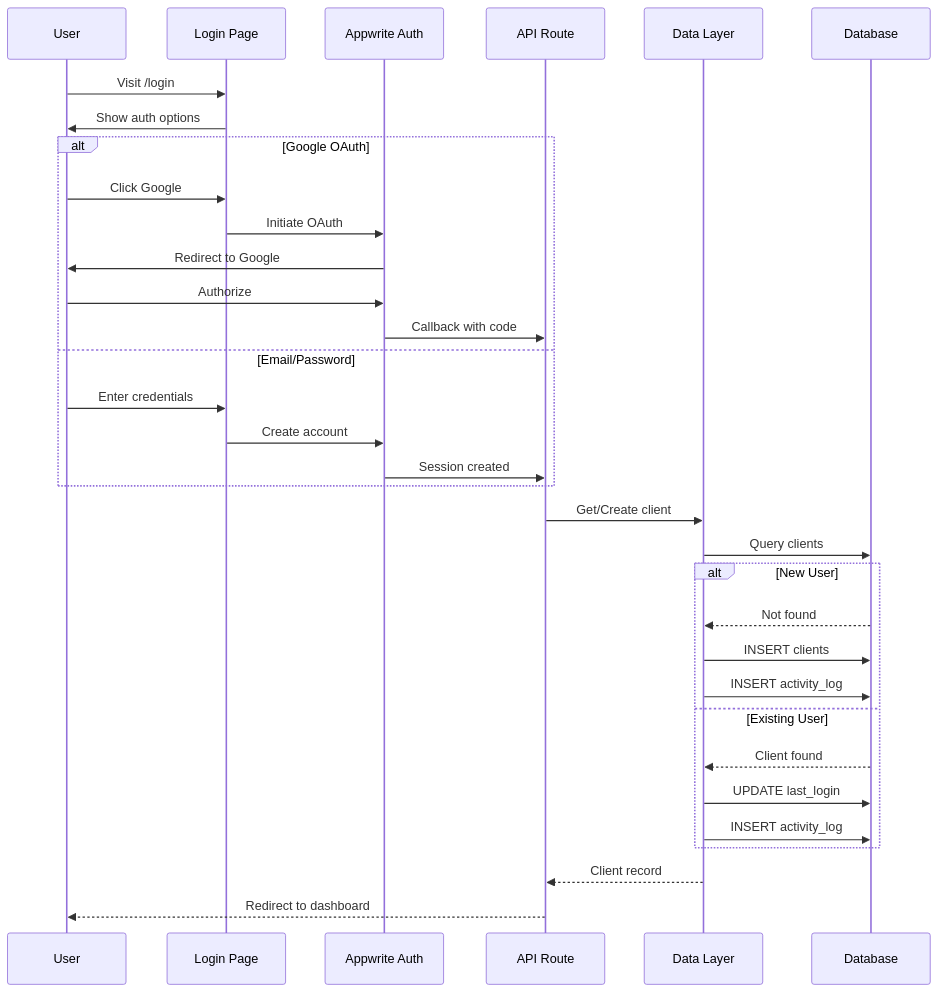
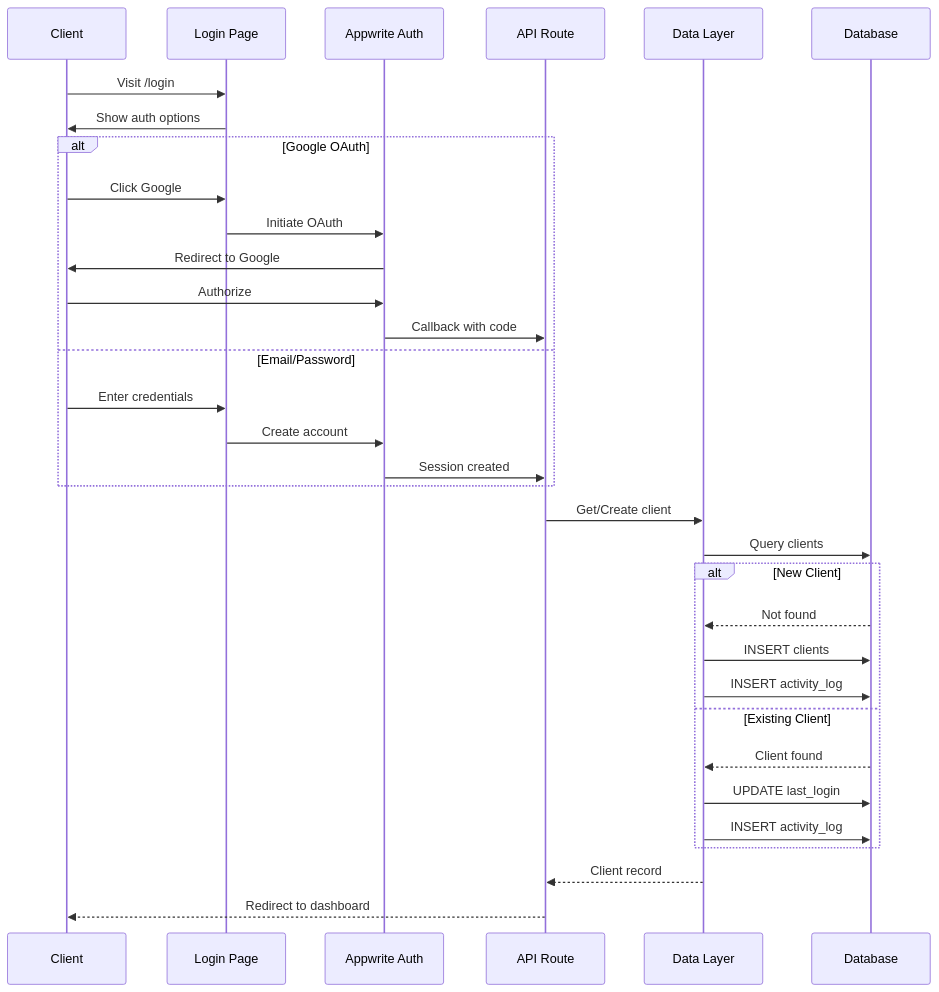
The second of 2 diagrams in docs/diagrams/functional-flow/create-account.md (kpm34/college-football-fantasy-app), drawn with Mermaid before and after one commit. The commit also changed other lines of this file, not shown here.

First line of the commit message:
docs: update authentication diagram to use 'client' terminology

````diff
--- a/docs/diagrams/functional-flow/create-account.md
+++ b/docs/diagrams/functional-flow/create-account.md
@@ -58,40 +58,40 @@
 ```mermaid
 sequenceDiagram
-  participant U as User
+  participant C as Client
   participant UI as Login Page
   participant Auth as Appwrite Auth
   participant API as API Route
   participant DAL as Data Layer
   participant DB as Database
   
-  U->>UI: Visit /login
-  UI->>U: Show auth options
+  C->>UI: Visit /login
+  UI->>C: Show auth options
   
   alt Google OAuth
-    U->>UI: Click Google
+    C->>UI: Click Google
     UI->>Auth: Initiate OAuth
-    Auth->>U: Redirect to Google
-    U->>Auth: Authorize
+    Auth->>C: Redirect to Google
+    C->>Auth: Authorize
     Auth->>API: Callback with code
   else Email/Password
-    U->>UI: Enter credentials
+    C->>UI: Enter credentials
     UI->>Auth: Create account
     Auth->>API: Session created
   end
   
   API->>DAL: Get/Create client
   DAL->>DB: Query clients
   
-  alt New User
+  alt New Client
     DB-->>DAL: Not found
     DAL->>DB: INSERT clients
     DAL->>DB: INSERT activity_log
-  else Existing User
+  else Existing Client
     DB-->>DAL: Client found
     DAL->>DB: UPDATE last_login
     DAL->>DB: INSERT activity_log
   end
   
   DAL-->>API: Client record
-  API-->>U: Redirect to dashboard
+  API-->>C: Redirect to dashboard
 ```
````
